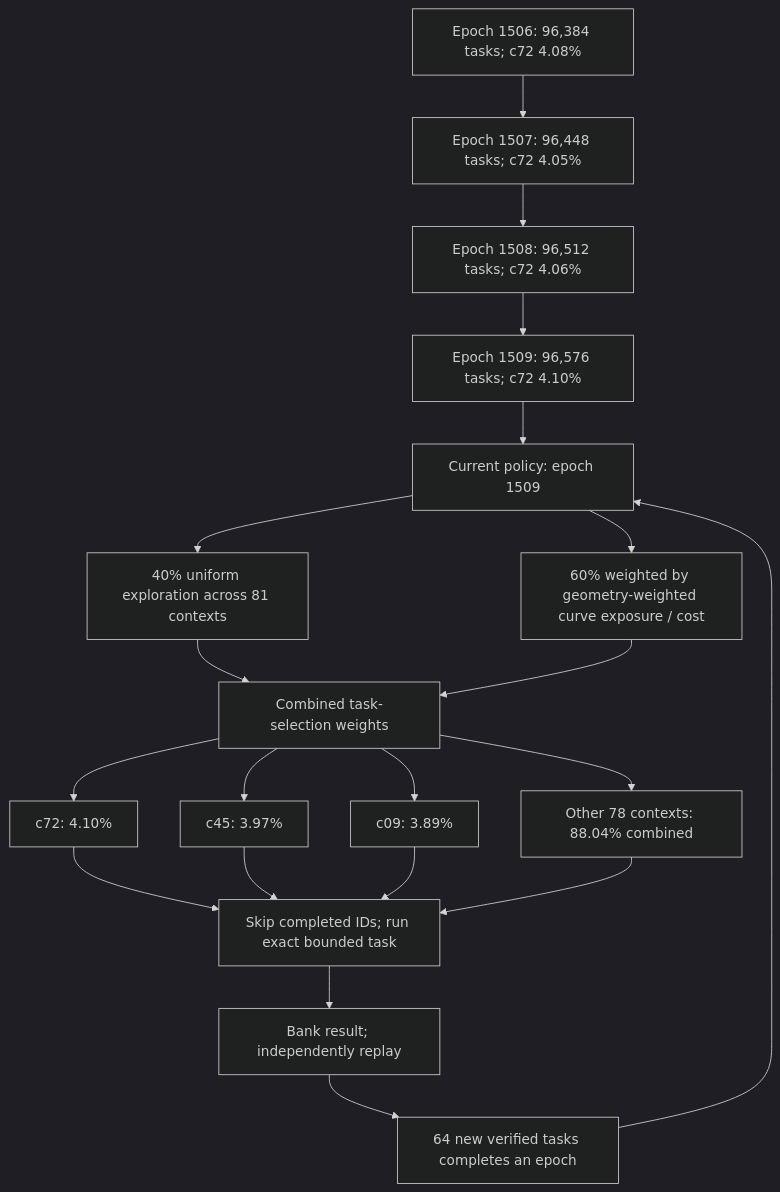
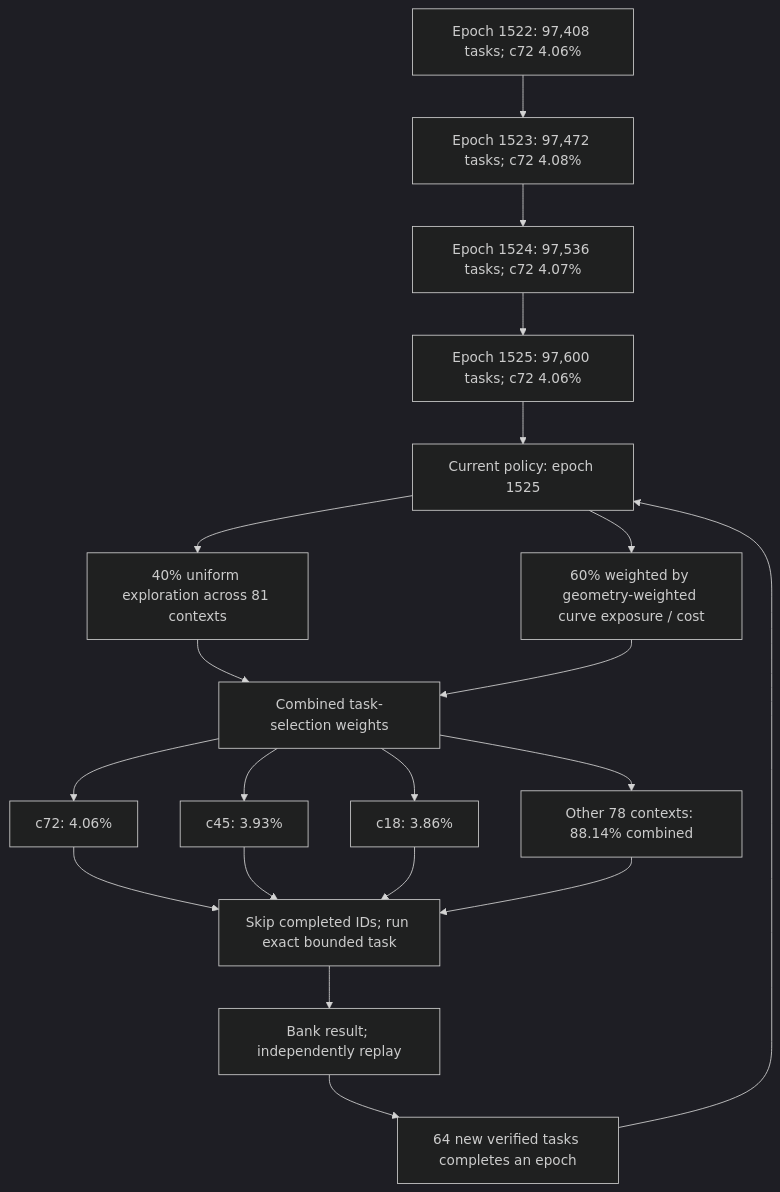
The first of 3 diagrams in README.md (Kuberwastaken/math-gambling), drawn with Mermaid (dark theme) before and after one commit. The commit also changed other lines of this file and 2134 other files, not shown here.

````diff
--- a/README.md
+++ b/README.md
@@ -56,27 +56,27 @@
 ```mermaid
 flowchart TD
-    H0["Epoch 1506: 96,384 tasks; c72 4.08%"]
-    H1["Epoch 1507: 96,448 tasks; c72 4.05%"]
+    H0["Epoch 1522: 97,408 tasks; c72 4.06%"]
+    H1["Epoch 1523: 97,472 tasks; c72 4.08%"]
     H0 --> H1
-    H2["Epoch 1508: 96,512 tasks; c72 4.06%"]
+    H2["Epoch 1524: 97,536 tasks; c72 4.07%"]
     H1 --> H2
-    H3["Epoch 1509: 96,576 tasks; c72 4.10%"]
+    H3["Epoch 1525: 97,600 tasks; c72 4.06%"]
     H2 --> H3
-    Policy["Current policy: epoch 1509"]
+    Policy["Current policy: epoch 1525"]
     H3 --> Policy
     Policy --> Explore["40% uniform exploration across 81 contexts"]
     Policy --> Cost["60% weighted by geometry-weighted curve exposure / cost"]
     Explore --> Mix["Combined task-selection weights"]
     Cost --> Mix
-    Mix --> C0["c72: 4.10%"]
-    Mix --> C1["c45: 3.97%"]
-    Mix --> C2["c09: 3.89%"]
-    Mix --> Rest["Other 78 contexts: 88.04% combined"]
+    Mix --> C0["c72: 4.06%"]
+    Mix --> C1["c45: 3.93%"]
+    Mix --> C2["c18: 3.86%"]
+    Mix --> Rest["Other 78 contexts: 88.14% combined"]
     C0 --> Check["Skip completed IDs; run exact bounded task"]
     C1 --> Check
     C2 --> Check
     Rest --> Check
     Check --> Replay["Bank result; independently replay"]
     Replay --> Gate["64 new verified tasks completes an epoch"]
     Gate --> Policy
 ```
````
